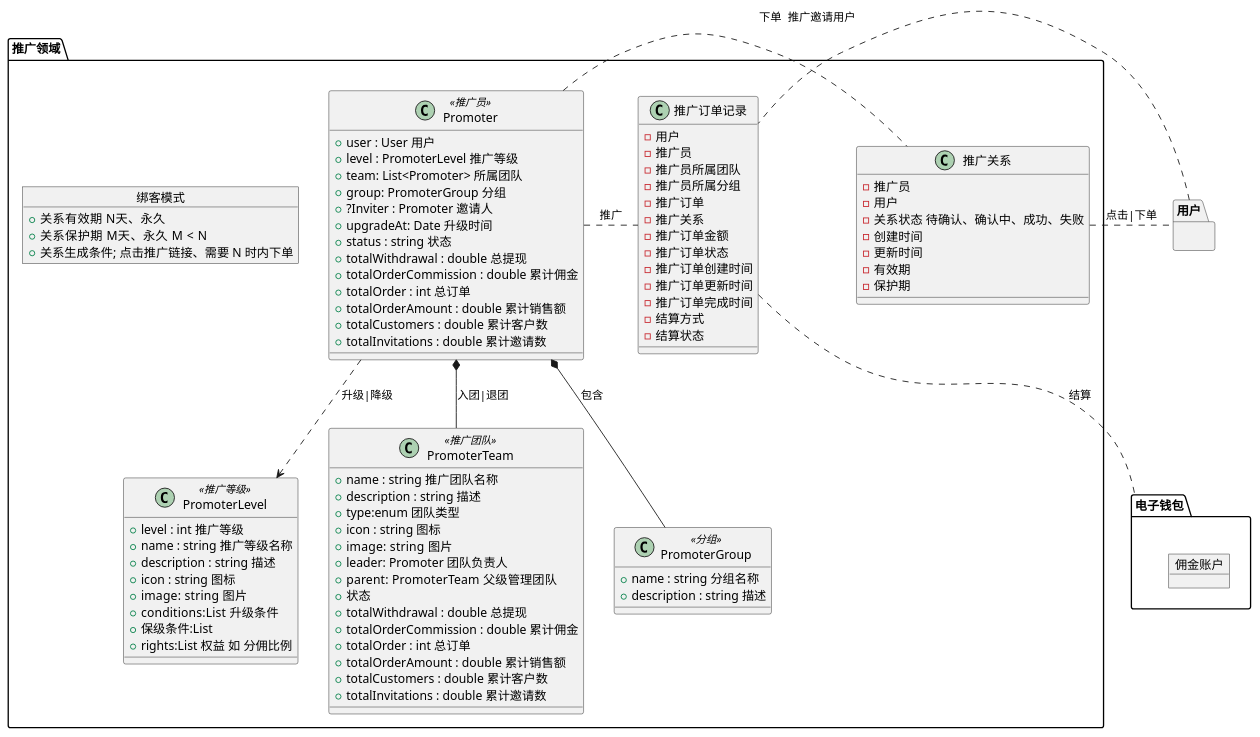
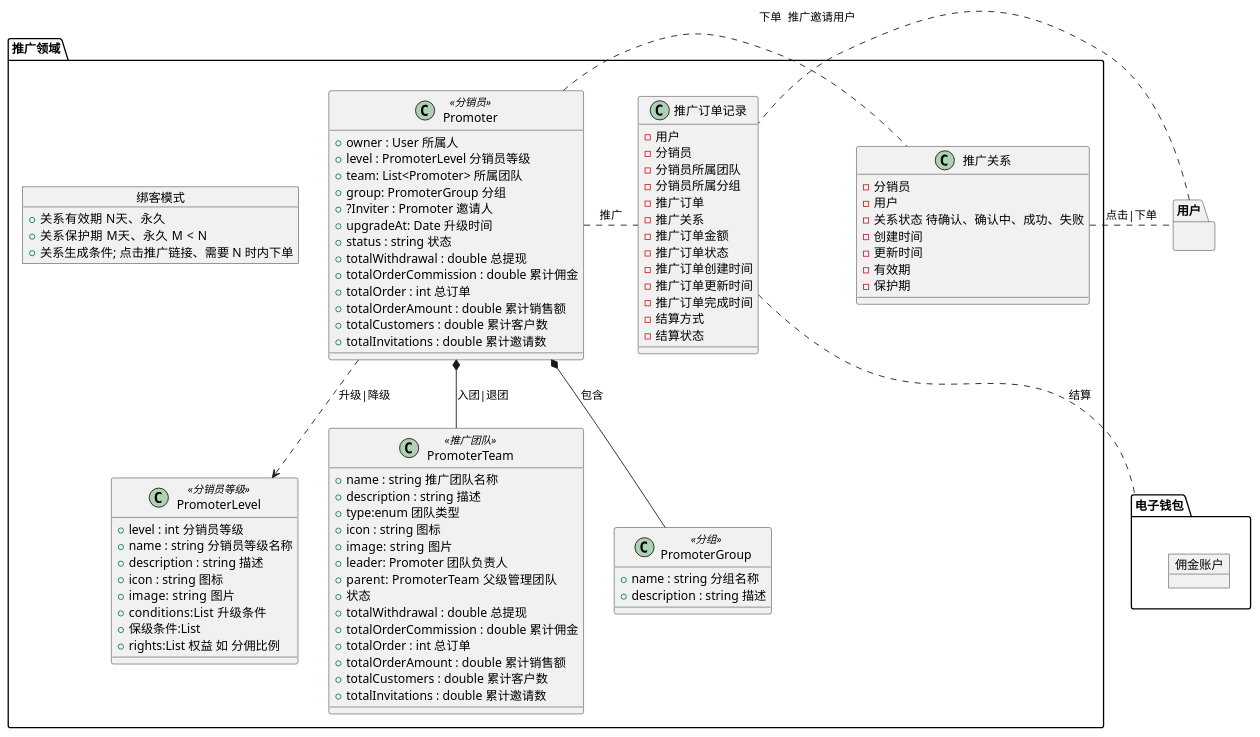
Before and after one commit to red-jasmine/framework: the diagram in docs/distribution/distribution.puml, drawn with PlantUML. The commit also changed 14 other files, not shown here.

```diff
--- a/docs/distribution/distribution.puml
+++ b/docs/distribution/distribution.puml
@@ -1,121 +1,121 @@
 @startuml
 'https://plantuml.com/class-diagram
 
 package 推广领域{
 
-class PromoterLevel<<推广等级>> {
-+level : int 推广等级
-+name : string 推广等级名称
+class PromoterLevel<<分销员等级>> {
++level : int 分销员等级
++name : string 分销员等级名称
 +description : string 描述
 +icon : string 图标
 +image:  string 图片
 +conditions:List  升级条件
 +保级条件:List
 +rights:List 权益 如 分佣比例
 }
 class PromoterTeam<<推广团队>>{
 +name : string 推广团队名称
 +description : string 描述
 +type:enum 团队类型
 +icon : string 图标
 +image:  string 图片
 +leader: Promoter 团队负责人
 + parent:  PromoterTeam 父级管理团队
 + 状态
 + totalWithdrawal : double 总提现
 + totalOrderCommission : double 累计佣金
 + totalOrder : int 总订单
 + totalOrderAmount : double 累计销售额
 + totalCustomers : double 累计客户数
 + totalInvitations : double 累计邀请数
 }
 
 class PromoterGroup<<分组>>{
 +name : string 分组名称
 + description : string 描述
 }
 
-class Promoter<<推广员>> {
-+ user : User 用户
-+ level : PromoterLevel 推广等级
+class Promoter<<分销员>> {
++ owner : User 所属人
++ level : PromoterLevel 分销员等级
 + team: List<Promoter> 所属团队
 + group: PromoterGroup 分组
 + ?Inviter : Promoter 邀请人
 + upgradeAt: Date 升级时间
 + status : string 状态
 + totalWithdrawal : double 总提现
 + totalOrderCommission : double 累计佣金
 + totalOrder : int 总订单
 + totalOrderAmount : double 累计销售额
 + totalCustomers : double 累计客户数
 + totalInvitations : double 累计邀请数
 }
 
 
 class 推广关系{
-- 推广员
+- 分销员
 - 用户
 - 关系状态 待确认、确认中、成功、失败
 - 创建时间
 - 更新时间
 - 有效期
 - 保护期
 }
 
 class  推广订单记录{
 - 用户
-- 推广员
-- 推广员所属团队
-- 推广员所属分组
+- 分销员
+- 分销员所属团队
+- 分销员所属分组
 - 推广订单
 - 推广关系
 - 推广订单金额
 - 推广订单状态
 - 推广订单创建时间
 - 推广订单更新时间
 - 推广订单完成时间
 - 结算方式
 - 结算状态
 }
 
 
 
 
 object 绑客模式{
 +关系有效期  N天、永久
 +关系保护期  M天、永久  M < N
 +关系生成条件; 点击推广链接、需要 N 时内下单
 }
 
 
 
 Promoter *-- PromoterTeam:入团|退团
 
 Promoter *-- PromoterGroup:包含
 
 Promoter ..> PromoterLevel:升级|降级
 
 Promoter . 推广关系:推广邀请用户
 Promoter . 推广订单记录:推广
 
 
 }
 用户 . 推广订单记录:下单
 推广关系 . 用户:点击|下单
 
 推广订单记录 .. 电子钱包:结算
 package 用户{
 
 }
 
 package 电子钱包{
 
 object 佣金账户{
 }
 }
 
 
 
 
 
 @enduml
```
